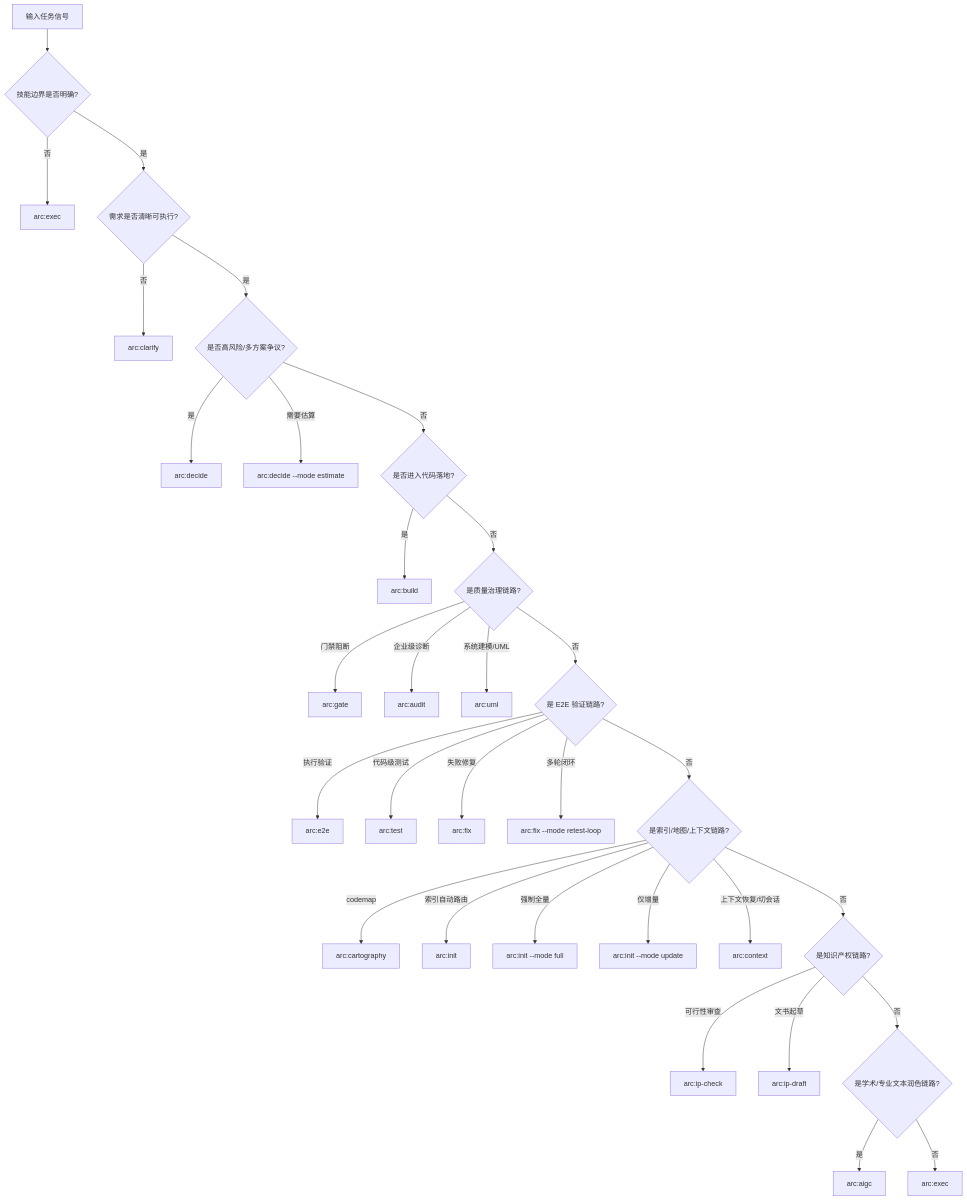
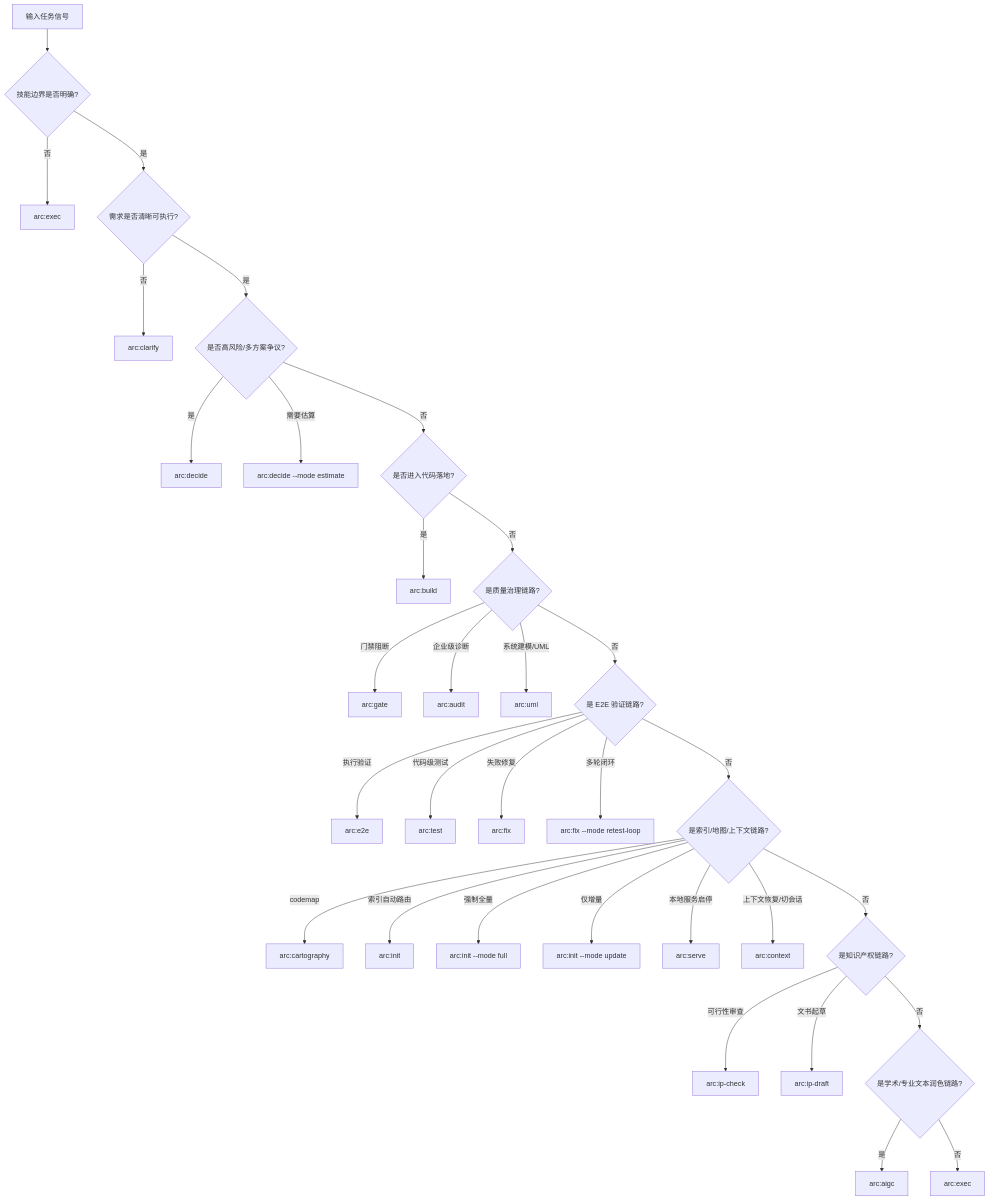
Before and after one commit to iwen-conf/Skills: the diagram in docs/arc-routing-matrix.md, drawn with Mermaid. The commit also changed other lines of this file and 7 other files, not shown here.

Commit message:
feat: 新增 arc:serve 技能，支持本地服务托管并更新路由文档

````diff
--- a/docs/arc-routing-matrix.md
+++ b/docs/arc-routing-matrix.md
@@ -27,33 +28,34 @@
 ```mermaid
 flowchart TD
     A["输入任务信号"] --> B{"技能边界是否明确?"}
     B -- "否" --> AG["arc:exec"]
     B -- "是" --> C{"需求是否清晰可执行?"}
     C -- "否" --> RF["arc:clarify"]
     C -- "是" --> D{"是否高风险/多方案争议?"}
     D -- "是" --> DL["arc:decide"]
     D -- "需要估算" --> EST["arc:decide --mode estimate"]
     D -- "否" --> E{"是否进入代码落地?"}
     E -- "是" --> IM["arc:build"]
     E -- "否" --> F{"是质量治理链路?"}
     F -- "门禁阻断" --> GT["arc:gate"]
     F -- "企业级诊断" --> RV["arc:audit"]
     F -- "系统建模/UML" --> UML["arc:uml"]
     F -- "否" --> G{"是 E2E 验证链路?"}
     G -- "执行验证" --> SM["arc:e2e"]
     G -- "代码级测试" --> UT["arc:test"]
     G -- "失败修复" --> TR["arc:fix"]
     G -- "多轮闭环" --> LP["arc:fix --mode retest-loop"]
     G -- "否" --> H{"是索引/地图/上下文链路?"}
     H -- "codemap" --> CT["arc:cartography"]
     H -- "索引自动路由" --> IN["arc:init"]
     H -- "强制全量" --> IF["arc:init --mode full"]
     H -- "仅增量" --> IU["arc:init --mode update"]
+    H -- "本地服务启停" --> SV["arc:serve"]
     H -- "上下文恢复/切会话" --> CX["arc:context"]
     H -- "否" --> I{"是知识产权链路?"}
     I -- "可行性审查" --> IA["arc:ip-check"]
     I -- "文书起草" --> ID["arc:ip-draft"]
     I -- "否" --> J{"是学术/专业文本润色链路?"}
     J -- "是" --> AI["arc:aigc"]
     J -- "否" --> AG2["arc:exec"]
 ```
````
